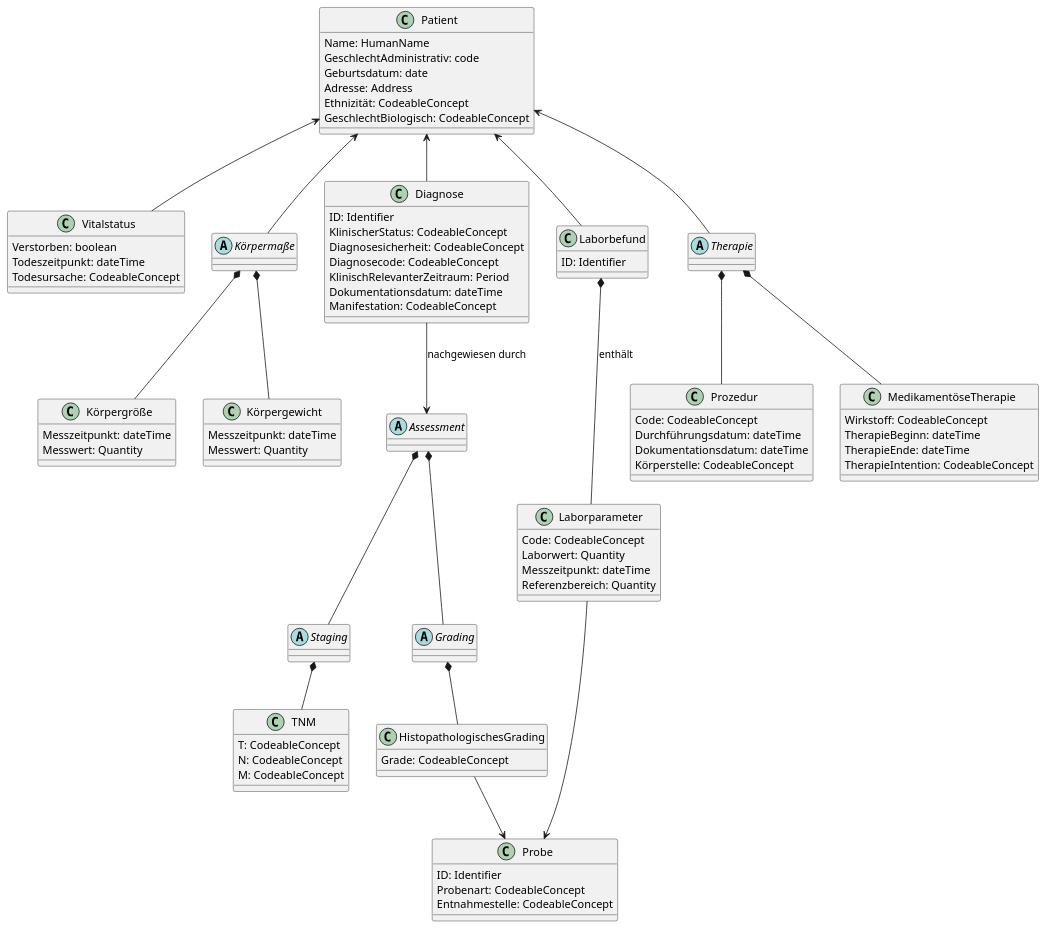
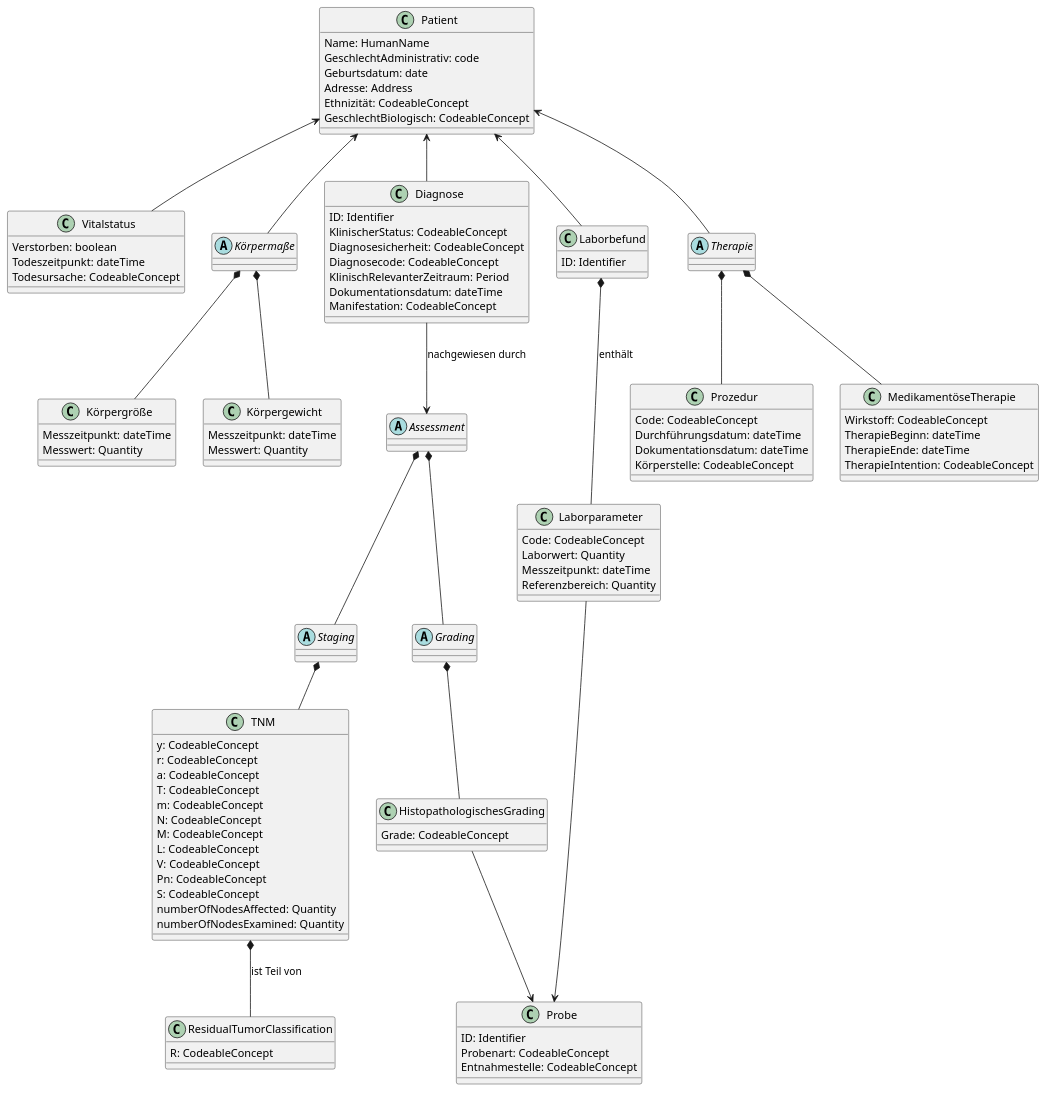
Before and after one commit to vision-zero-oncology/GOLD: the diagram in input/images/model.puml, drawn with PlantUML. The commit also changed 1 other file, not shown here.

Commit message:
updated uml

```diff
--- a/input/images/model.puml
+++ b/input/images/model.puml
@@ -1,127 +1,143 @@
 @startuml "GOLD" 
 skinparam groupInheritance 2
 
 class Patient {
     Name: HumanName
     GeschlechtAdministrativ: code
     Geburtsdatum: date 
     Adresse: Address
     Ethnizität: CodeableConcept
     GeschlechtBiologisch: CodeableConcept
 }
 
 class Vitalstatus {
     Verstorben: boolean
     Todeszeitpunkt: dateTime
     Todesursache: CodeableConcept
 }
 
 Patient <-- Vitalstatus
 
 abstract Körpermaße {
 
 }
 
 Patient <-- Körpermaße
 
 class Körpergröße {
     Messzeitpunkt: dateTime
     Messwert: Quantity
 }
 
 Körpermaße *-- Körpergröße
 
 class Körpergewicht {
     Messzeitpunkt: dateTime
     Messwert: Quantity
 }
 
 Körpermaße *-- Körpergewicht
 
 class Diagnose {
     ID: Identifier
     KlinischerStatus: CodeableConcept
     Diagnosesicherheit: CodeableConcept
     Diagnosecode: CodeableConcept
     KlinischRelevanterZeitraum: Period
     Dokumentationsdatum: dateTime
     Manifestation: CodeableConcept
 }
 
 Patient <-- Diagnose
 
 class Laborbefund {
     ID: Identifier
 }
 
 Patient <-- Laborbefund
 
 class Laborparameter {
     Code: CodeableConcept
     Laborwert: Quantity
     Messzeitpunkt: dateTime
     Referenzbereich: Quantity
 }
 
 class Probe {
     ID: Identifier
     Probenart: CodeableConcept
     Entnahmestelle: CodeableConcept
 }
 
 Laborbefund *-- Laborparameter : enthält
 Laborparameter --> Probe
 
 abstract Assessment {
 
 }
 
 abstract Staging {
 
 }
 
 abstract Grading {
 
 }
 
 class TNM {
+    y: CodeableConcept
+    r: CodeableConcept
+    a: CodeableConcept
     T: CodeableConcept
+    m: CodeableConcept
     N: CodeableConcept
     M: CodeableConcept
+    L: CodeableConcept
+    V: CodeableConcept
+    Pn: CodeableConcept
+    S: CodeableConcept
+    numberOfNodesAffected: Quantity
+    numberOfNodesExamined: Quantity
 }
+
+class ResidualTumorClassification {
+    R: CodeableConcept
+}
+
+TNM *-- ResidualTumorClassification : ist Teil von
 
 class HistopathologischesGrading {
     Grade: CodeableConcept
 }
 
 Assessment *-- Staging
 Assessment *-- Grading
 Staging *-- TNM
 Grading *-- HistopathologischesGrading
 Diagnose --> Assessment : nachgewiesen durch
 HistopathologischesGrading --> Probe
 
 abstract Therapie {
 
 }
 
 class Prozedur {
     Code: CodeableConcept
     Durchführungsdatum: dateTime
     Dokumentationsdatum: dateTime
     Körperstelle: CodeableConcept
 }
 
 Therapie *-- Prozedur
 
 class MedikamentöseTherapie {
     Wirkstoff: CodeableConcept
     TherapieBeginn: dateTime
     TherapieEnde: dateTime
     TherapieIntention: CodeableConcept
 }
 
 Therapie *-- MedikamentöseTherapie
 Patient <-- Therapie
 
 @enduml
```
